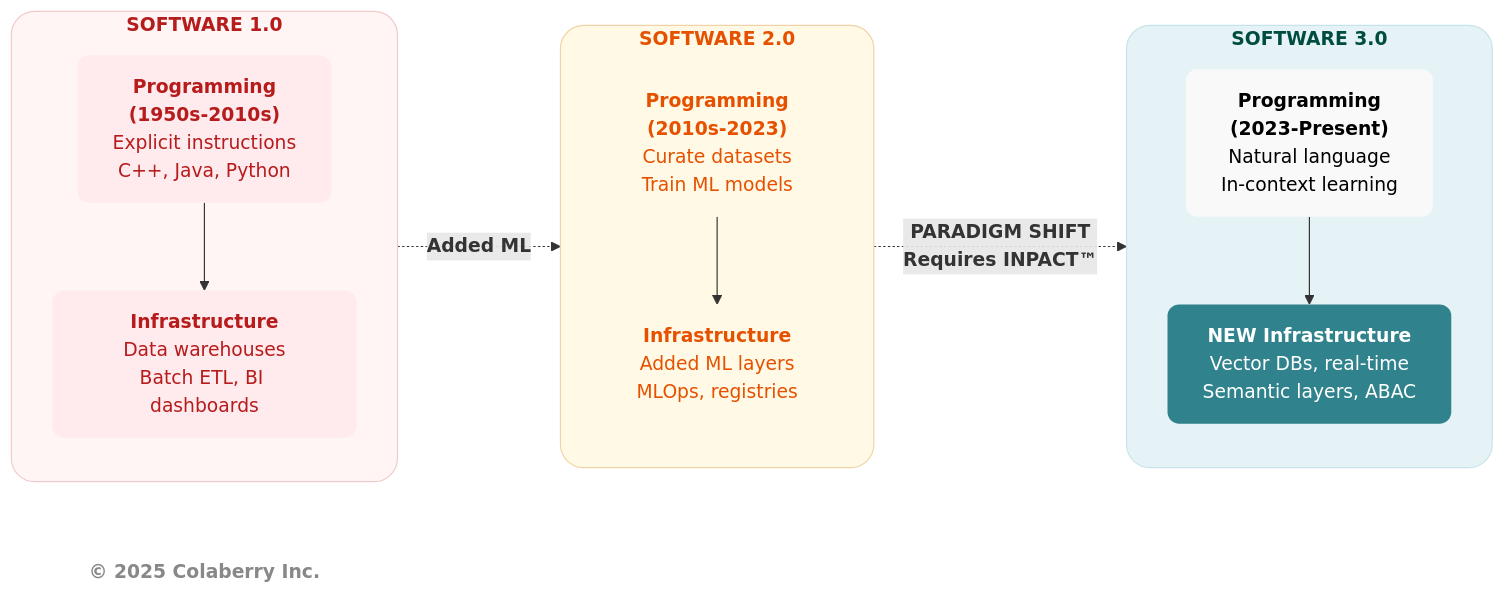
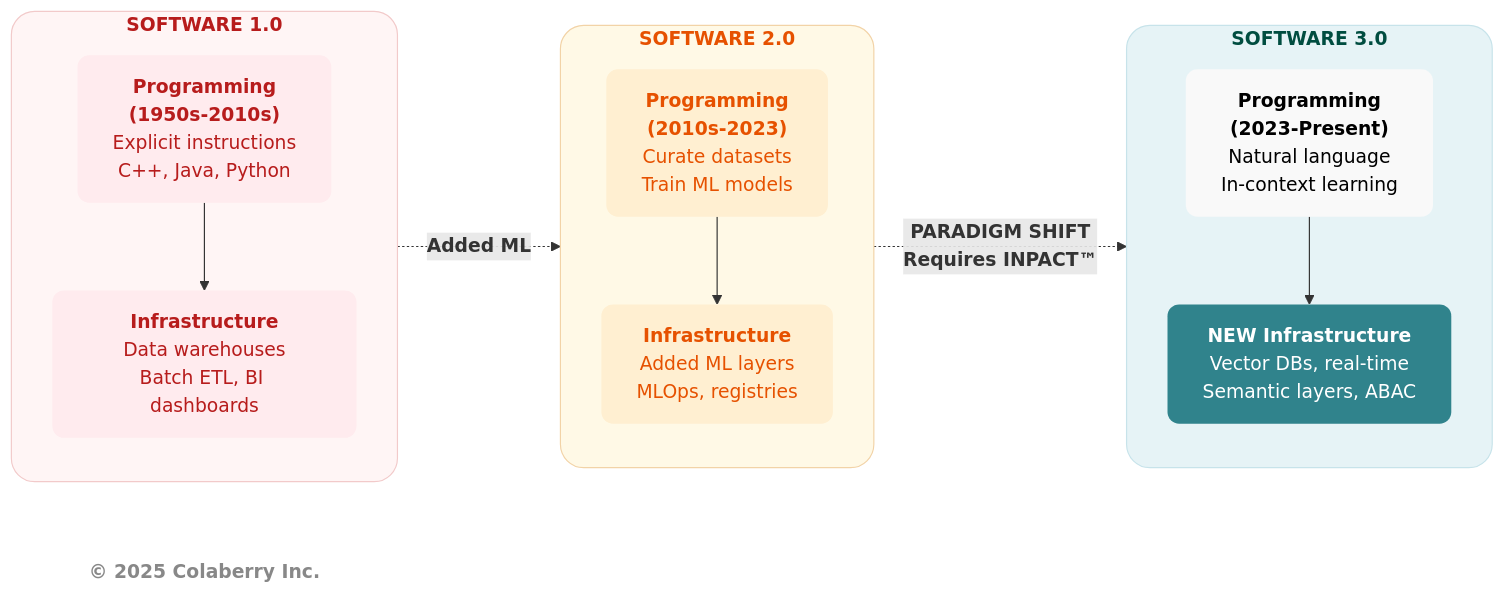
The second of 4 diagrams in manuscript/04_chapter_3_from_bi_to_agent.md (colaberry/trust-before-intelligence-book), drawn with Mermaid before and after one commit.

Commit message:
Chapter4: Updated mermaid diagrams based on new colaberry color code

````diff
--- a/manuscript/04_chapter_3_from_bi_to_agent.md
+++ b/manuscript/04_chapter_3_from_bi_to_agent.md
@@ -138,46 +138,46 @@
 ```mermaid
 graph LR
     subgraph era1["<b>SOFTWARE 1.0</b>"]
         direction TB
         P1["<b>Programming</b><br/><b>(1950s-2010s)</b><br/>Explicit instructions<br/>C++, Java, Python"]
         I1["<b>Infrastructure</b><br/>Data warehouses<br/>Batch ETL, BI dashboards"]
         P1 --> I1
     end
     
     subgraph era2["<b>SOFTWARE 2.0</b>"]
         direction TB
         P2["<b>Programming</b><br/><b>(2010s-2023)</b><br/>Curate datasets<br/>Train ML models"]
         I2["<b>Infrastructure</b><br/>Added ML layers<br/>MLOps, registries"]
         P2 --> I2
     end
     
     subgraph era3["<b>SOFTWARE 3.0</b>"]
         direction TB
         P3["<b>Programming</b><br/><b>(2023-Present)</b><br/>Natural language<br/>In-context learning"]
         I3["<b>NEW Infrastructure</b><br/>Vector DBs, real-time<br/>Semantic layers, ABAC"]
         P3 --> I3
     end
     
     era1 -.->|<b>Added ML</b>| era2
     era2 -.->|<b>PARADIGM SHIFT<br/>Requires INPACT™</b>| era3
     
     Copyright["<b>© 2025 Colaberry Inc.</b>"]
 
     %% 🔴 SOFTWARE 1.0 — FAILURE / BI-ERA
     style era1 fill:#fff5f5,stroke:#f2caca,stroke-width:1px,color:#b71c1c,rx:20,ry:20
     style P1 fill:#ffebee,stroke:none,color:#b71c1c,rx:10,ry:10
     style I1 fill:#ffebee,stroke:none,color:#b71c1c,rx:10,ry:10
 
     %% 🟠 SOFTWARE 2.0 — INTERMEDIATE / PRESSURE
     style era2 fill:#fff9e6,stroke:#f2d3a7,stroke-width:1px,color:#e65100,rx:20,ry:20
-    style P2 fill:#fff9e6,stroke:none,color:#e65100,rx:10,ry:10
-    style I2 fill:#fff9e6,stroke:none,color:#e65100,rx:10,ry:10
+    style P2 fill:#ffefd1,stroke:none,color:#e65100,rx:10,ry:10
+    style I2 fill:#ffefd1,stroke:none,color:#e65100,rx:10,ry:10
 
     %% 🟢 SOFTWARE 3.0 — TRUSTED / INPACT™-FULFILLED
     style era3 fill:#e6f3f6,stroke:#c7e3ea,stroke-width:1px,color:#004d40,rx:20,ry:20
     style P3 fill:#f9f9f9,stroke:none,color:#000000,rx:10,ry:10
     style I3 fill:#30838C,stroke:none,color:#ffffff,rx:10,ry:10
 
     %% FOOTER
     style Copyright fill:none,stroke:none,color:#888888
 ```
````
